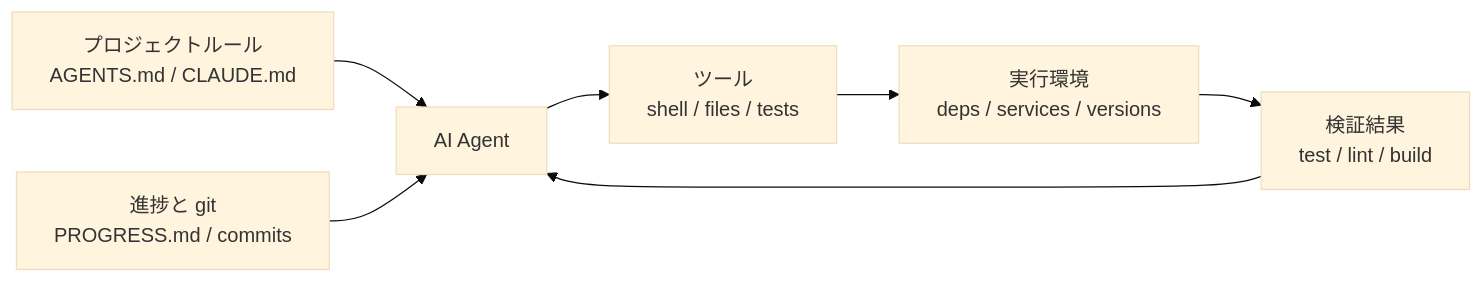
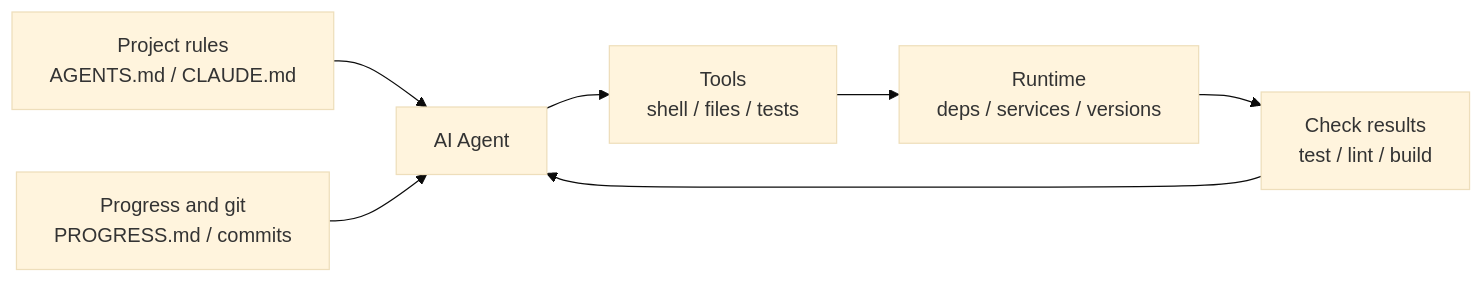
The diagram in docs/en/lectures/lecture-02-what-a-harness-actually-is/index.md (mkusaka/learn-harness-engineering), drawn with Mermaid (base theme) before and after one commit. The commit also changed other lines of this file and 684 other files, not shown here.

````diff
--- a/docs/en/lectures/lecture-02-what-a-harness-actually-is/index.md
+++ b/docs/en/lectures/lecture-02-what-a-harness-actually-is/index.md
@@ -42,9 +42,9 @@
 ```mermaid
 flowchart LR
-    Rules["プロジェクトルール<br/>AGENTS.md / CLAUDE.md"] --> Agent["AI Agent"]
-    State["進捗と git<br/>PROGRESS.md / commits"] --> Agent
-    Agent --> Tools["ツール<br/>shell / files / tests"]
-    Tools --> Env["実行環境<br/>deps / services / versions"]
-    Env --> Checks["検証結果<br/>test / lint / build"]
+    Rules["Project rules<br/>AGENTS.md / CLAUDE.md"] --> Agent["AI Agent"]
+    State["Progress and git<br/>PROGRESS.md / commits"] --> Agent
+    Agent --> Tools["Tools<br/>shell / files / tests"]
+    Tools --> Env["Runtime<br/>deps / services / versions"]
+    Env --> Checks["Check results<br/>test / lint / build"]
     Checks --> Agent
 ```
````
